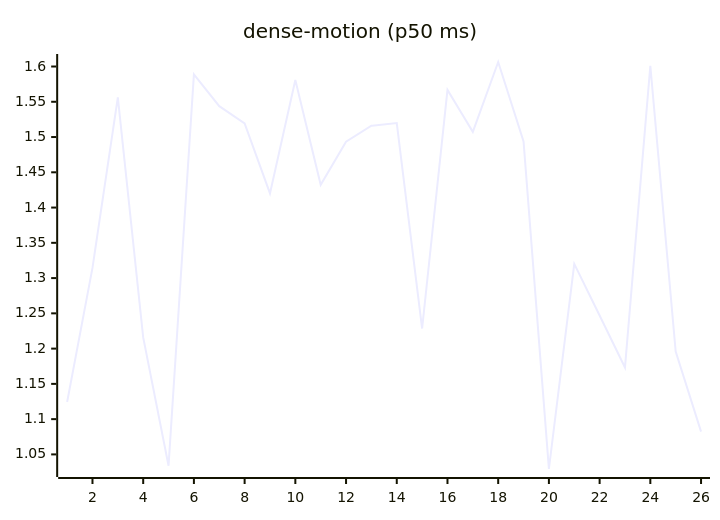
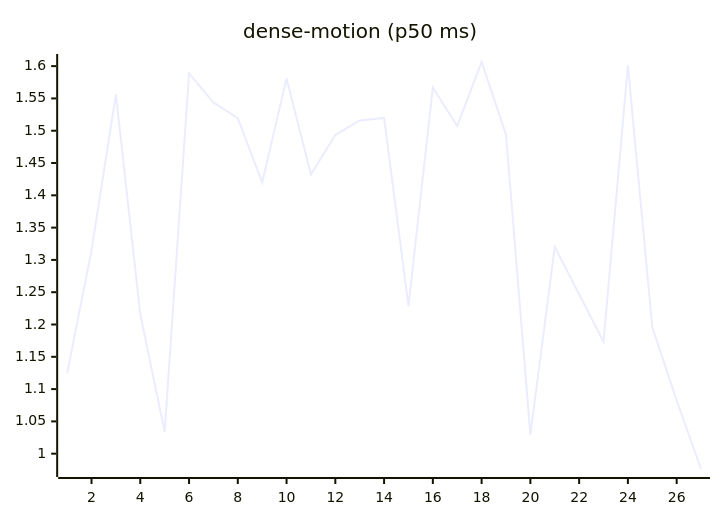
The ninth of 27 diagrams in README.md (josha/Facet), drawn with Mermaid before and after one commit. The commit also changed other lines of this file and 2 other files, not shown here.

````diff
--- a/README.md
+++ b/README.md
@@ -119,6 +119,6 @@
 ```mermaid
 xychart-beta
     title "dense-motion (p50 ms)"
-    x-axis 1 --> 26
-    line [1.1243, 1.3144, 1.5562, 1.2159, 1.0340, 1.5887, 1.5438, 1.5193, 1.4201, 1.5809, 1.4323, 1.4933, 1.5160, 1.5198, 1.2285, 1.5668, 1.5073, 1.6064, 1.4938, 1.0293, 1.3202, 1.2469, 1.1733, 1.6011, 1.1959, 1.0823]
+    x-axis 1 --> 27
+    line [1.1243, 1.3144, 1.5562, 1.2159, 1.0340, 1.5887, 1.5438, 1.5193, 1.4201, 1.5809, 1.4323, 1.4933, 1.5160, 1.5198, 1.2285, 1.5668, 1.5073, 1.6064, 1.4938, 1.0293, 1.3202, 1.2469, 1.1733, 1.6011, 1.1959, 1.0823, 0.9763]
 ```
````
